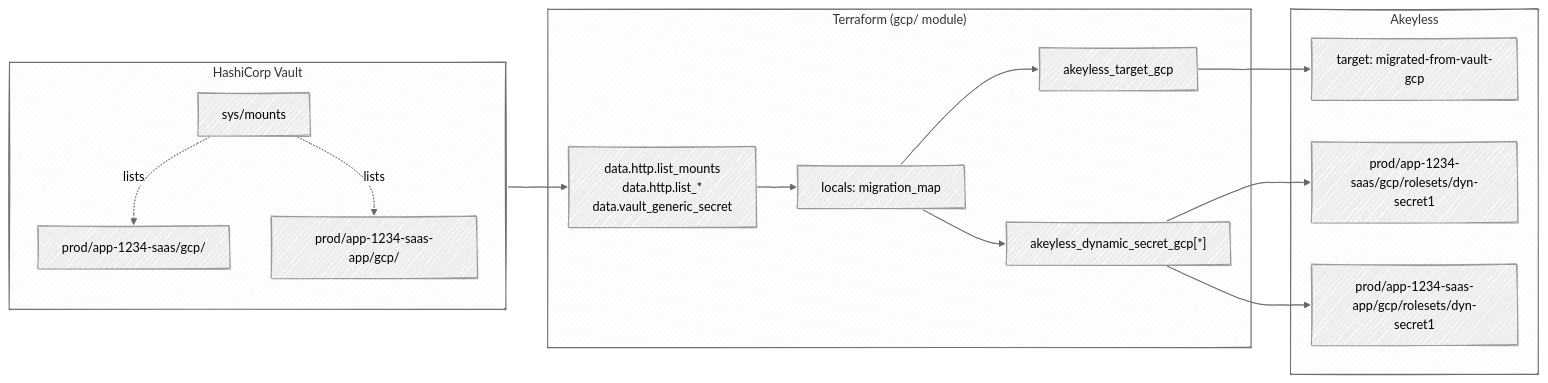
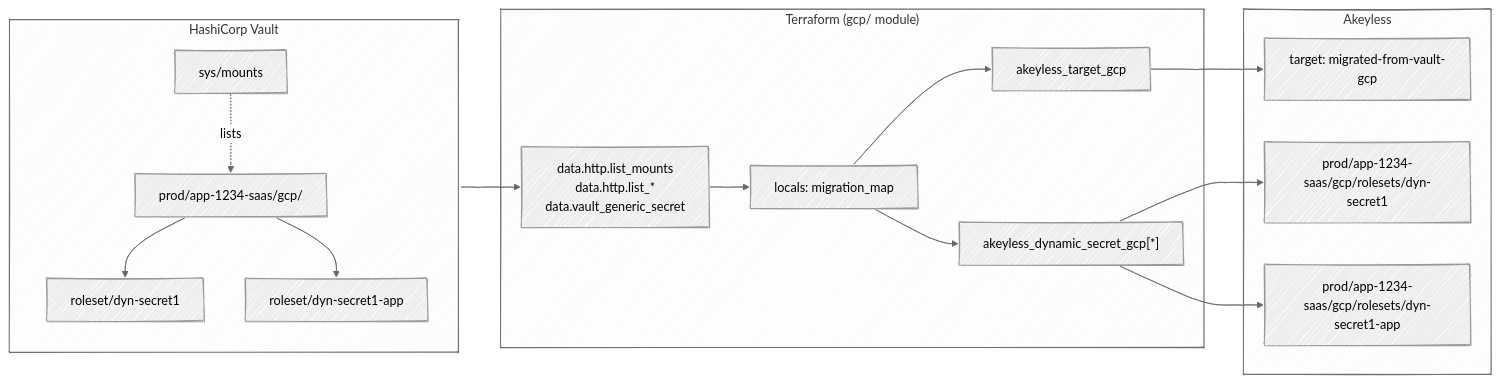
The diagram in gcp/runbooks/01-architecture-overview.md (Fahmy-Kadiri-akl/vault-to-akeyless-dynamic-secrets), drawn with Mermaid before and after one commit. The commit also changed other lines of this file and 10 other files, not shown here.

````diff
--- a/gcp/runbooks/01-architecture-overview.md
+++ b/gcp/runbooks/01-architecture-overview.md
@@ -22,35 +22,37 @@
 ```mermaid
 ---
 config:
   look: handDrawn
   theme: neutral
 ---
 flowchart LR
   subgraph V["HashiCorp Vault"]
     SM["sys/mounts"]
     M1["prod/app-1234-saas/gcp/"]
-    M2["prod/app-1234-saas-app/gcp/"]
+    E1["roleset/dyn-secret1"]
+    E2["roleset/dyn-secret1-app"]
     SM -. lists .-> M1
-    SM -. lists .-> M2
+    M1 --> E1
+    M1 --> E2
   end
 
   subgraph TF["Terraform (gcp/ module)"]
     DISC["data.http.list_mounts<br/>data.http.list_*<br/>data.vault_generic_secret"]
     LOC["locals: migration_map"]
     DS["akeyless_dynamic_secret_gcp[*]"]
     TGT["akeyless_target_gcp"]
     DISC --> LOC --> DS
     LOC --> TGT
   end
 
   subgraph AK["Akeyless"]
     T["target: migrated-from-vault-gcp"]
     P1["prod/app-1234-saas/gcp/rolesets/dyn-secret1"]
-    P2["prod/app-1234-saas-app/gcp/rolesets/dyn-secret1"]
+    P2["prod/app-1234-saas/gcp/rolesets/dyn-secret1-app"]
   end
 
   V --> DISC
   DS --> P1
   DS --> P2
   TGT --> T
 ```
````
